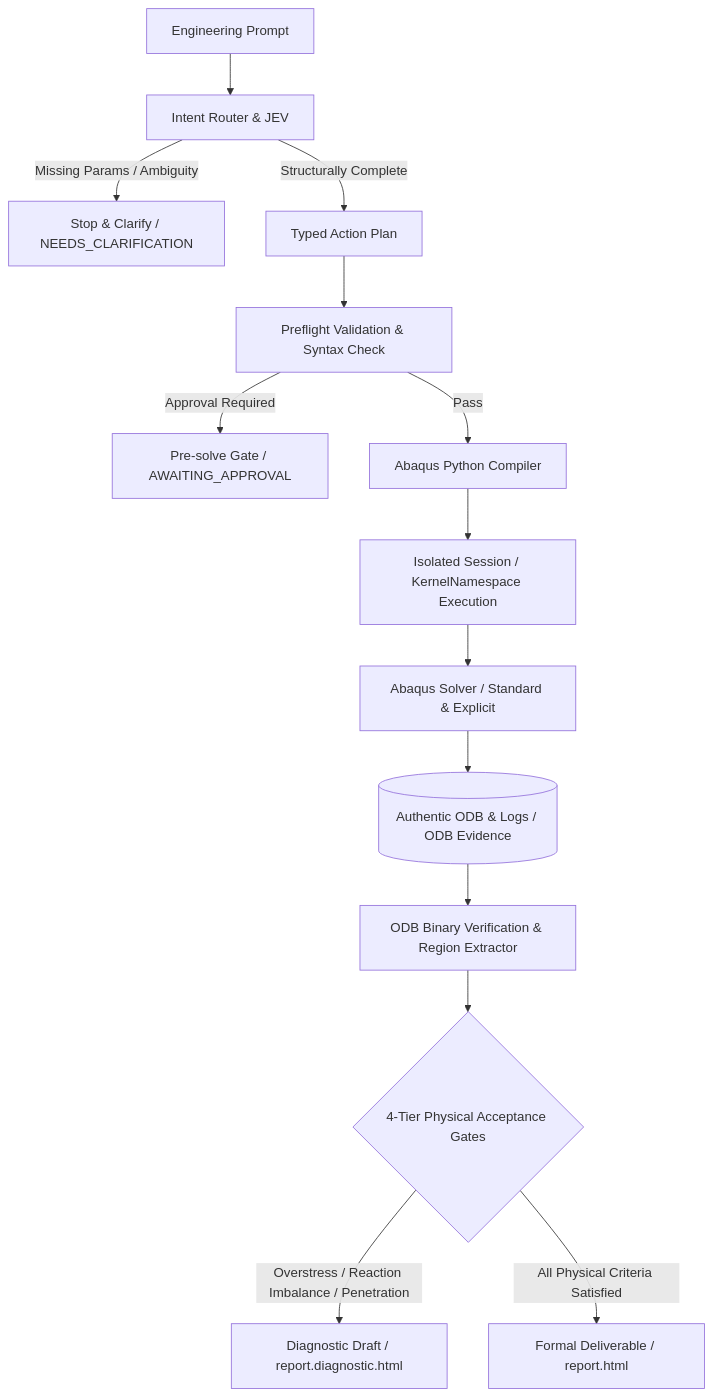
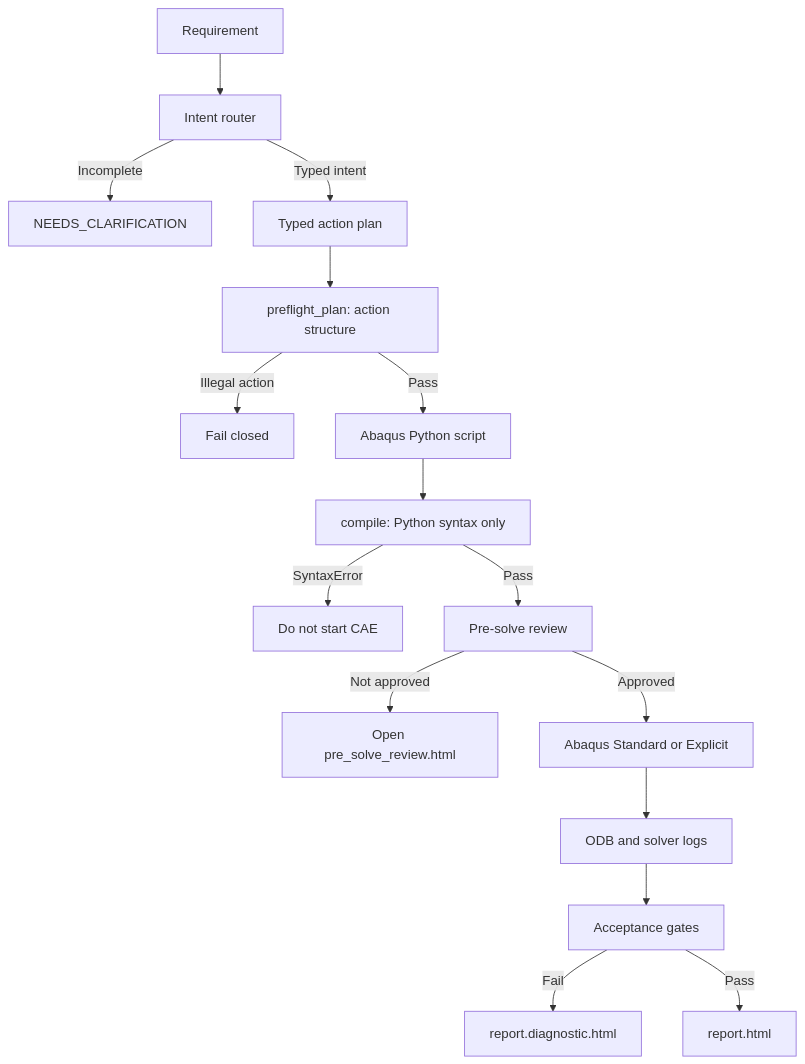
The diagram in README.md (chenlei-gh/Abaqus-AI-Agent), drawn with Mermaid before and after one commit. The commit also changed other lines of this file and 2 other files, not shown here.

````diff
--- a/README.md
+++ b/README.md
@@ -19,16 +16,18 @@
 ```mermaid
 flowchart TD
-    NL[Engineering Prompt] --> Router[Intent Router & JEV]
-    Router -->|Missing Params / Ambiguity| Clarify[Stop & Clarify / NEEDS_CLARIFICATION]
-    Router -->|Structurally Complete| Plan[Typed Action Plan]
-    Plan --> Preflight[Preflight Validation & Syntax Check]
-    Preflight -->|Approval Required| Blocked[Pre-solve Gate / AWAITING_APPROVAL]
-    Preflight -->|Pass| Compiler[Abaqus Python Compiler]
-    Compiler --> Batch[Isolated Session / KernelNamespace Execution]
-    Batch --> Solver[Abaqus Solver / Standard & Explicit]
-    Solver --> ODB[(Authentic ODB & Logs / ODB Evidence)]
-    ODB --> Verify[ODB Binary Verification & Region Extractor]
-    Verify --> Gates{4-Tier Physical Acceptance Gates}
-    Gates -->|Overstress / Reaction Imbalance / Penetration| FailReport[Diagnostic Draft / report.diagnostic.html]
-    Gates -->|All Physical Criteria Satisfied| FormalReport[Formal Deliverable / report.html]
+    NL[Requirement] --> Router[Intent router]
+    Router -->|Incomplete| Clarify[NEEDS_CLARIFICATION]
+    Router -->|Typed intent| Plan[Typed action plan]
+    Plan --> Structure[preflight_plan: action structure]
+    Structure -->|Illegal action| Stop[Fail closed]
+    Structure -->|Pass| Script[Abaqus Python script]
+    Script --> Syntax["compile: Python syntax only"]
+    Syntax -->|SyntaxError| NoLaunch[Do not start CAE]
+    Syntax -->|Pass| Approval[Pre-solve review]
+    Approval -->|Not approved| Browser[Open pre_solve_review.html]
+    Approval -->|Approved| Solver[Abaqus Standard or Explicit]
+    Solver --> Evidence[ODB and solver logs]
+    Evidence --> Gates[Acceptance gates]
+    Gates -->|Fail| Draft[report.diagnostic.html]
+    Gates -->|Pass| Formal[report.html]
 ```
````
